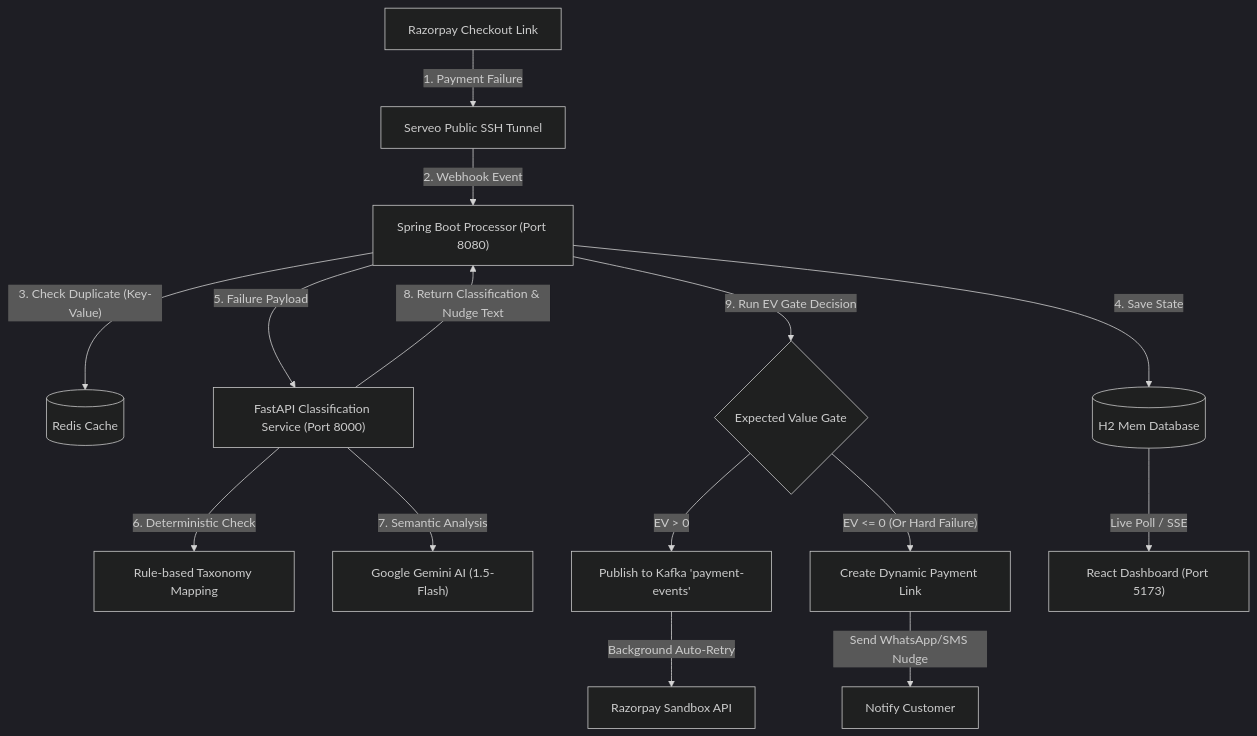
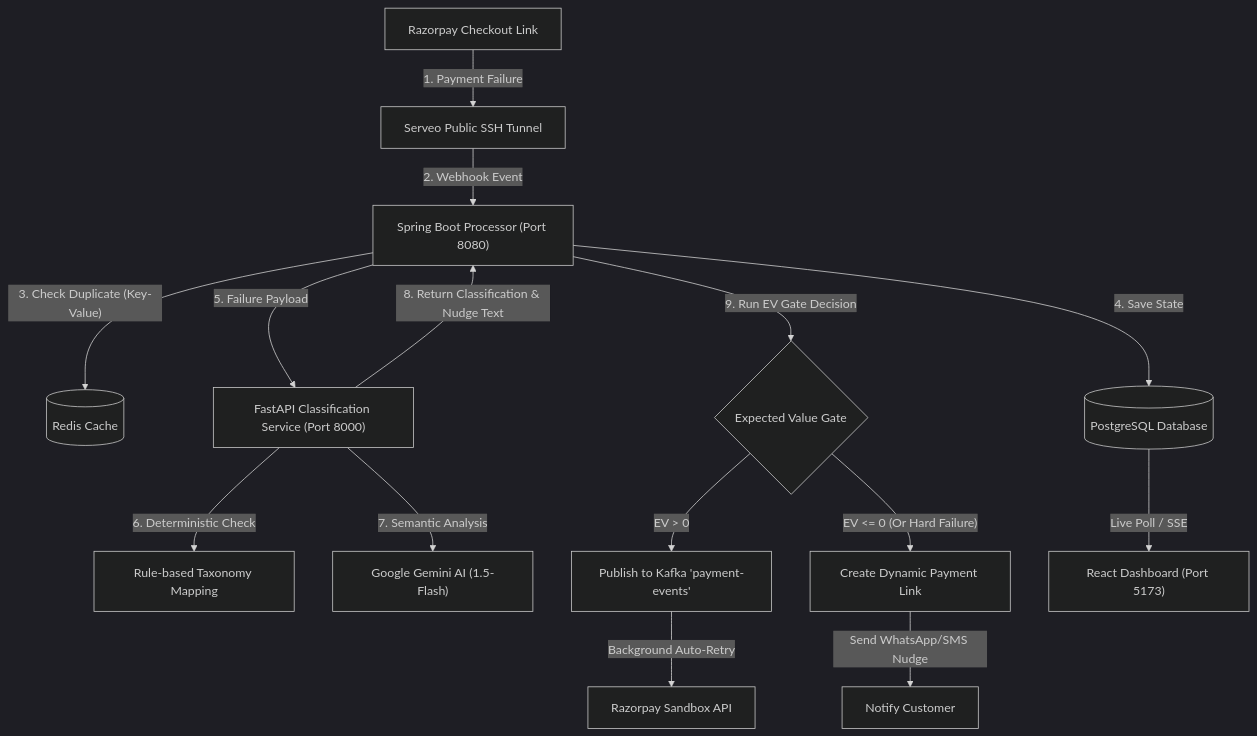
Before and after one commit to Harsh9945/Ai-Revenue-Recovery: the diagram in README.md, drawn with Mermaid (dark theme). The commit also changed other lines of this file, not shown here.

Commit message:
Update README to align with presentation EV cost definitions, Postgres ledger, and correct terminology

````diff
--- a/README.md
+++ b/README.md
@@ -13,28 +13,28 @@
 ```mermaid
 flowchart TD
     %% Frontend / External
     RZP_Checkout["Razorpay Checkout Link"] -- "1. Payment Failure" --> Serveo["Serveo Public SSH Tunnel"]
     Serveo -- "2. Webhook Event" --> SpringBoot["Spring Boot Processor (Port 8080)"]
 
     %% Core Processing
     SpringBoot -- "3. Check Duplicate (Key-Value)" --> Redis[("Redis Cache")]
-    SpringBoot -- "4. Save State" --> H2Database[("H2 Mem Database")]
+    SpringBoot -- "4. Save State" --> PostgresDatabase[("PostgreSQL Database")]
     SpringBoot -- "5. Failure Payload" --> FastAPI["FastAPI Classification Service (Port 8000)"]
 
     %% AI Classification
     FastAPI -- "6. Deterministic Check" --> RuleEngine["Rule-based Taxonomy Mapping"]
     FastAPI -- "7. Semantic Analysis" --> Gemini["Google Gemini AI (1.5-Flash)"]
 
     %% Decision Logic
     FastAPI -- "8. Return Classification & Nudge Text" --> SpringBoot
     SpringBoot -- "9. Run EV Gate Decision" --> EV_Gate{"Expected Value Gate"}
 
     %% Recovery Actions
     EV_Gate -- "EV > 0" --> KafkaRetry["Publish to Kafka 'payment-events'"]
     KafkaRetry -- "Background Auto-Retry" --> RZP_Api["Razorpay Sandbox API"]
     EV_Gate -- "EV <= 0 (Or Hard Failure)" --> CreatePayLink["Create Dynamic Payment Link"]
     CreatePayLink -- "Send WhatsApp/SMS Nudge" --> Customer["Notify Customer"]
     
     %% Dashboard
-    H2Database -- "Live Poll / SSE" --> ViteFrontend["React Dashboard (Port 5173)"]
+    PostgresDatabase -- "Live Poll / SSE" --> ViteFrontend["React Dashboard (Port 5173)"]
 ```
````
